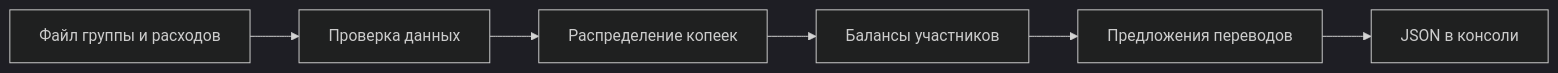
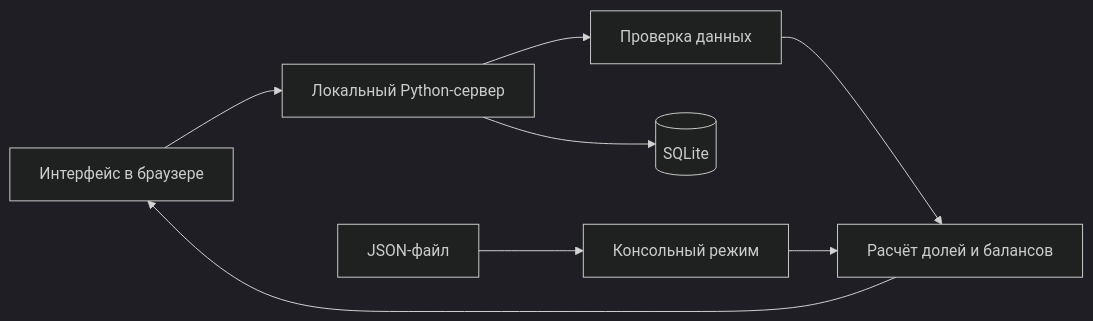
One commit to eductionnn-netizen/splitshare changed the first of 2 diagrams in wiki/Architecture.md. Above: the diagram before and after it, drawn with Mermaid (dark theme). The commit also changed other lines of this file and 17 other files, not shown here.

````diff
--- a/wiki/Architecture.md
+++ b/wiki/Architecture.md
@@ -5,8 +5,10 @@
 ```mermaid
 flowchart LR
-    JSON[Файл группы и расходов] --> Validation[Проверка данных]
-    Validation --> Split[Распределение копеек]
-    Split --> Balance[Балансы участников]
-    Balance --> Settlement[Предложения переводов]
-    Settlement --> CLI[JSON в консоли]
+    Browser[Интерфейс в браузере] --> Server[Локальный Python-сервер]
+    Server --> Validation[Проверка данных]
+    Validation --> Core[Расчёт долей и балансов]
+    Server --> DB[(SQLite)]
+    Core --> Browser
+    JSON[JSON-файл] --> CLI[Консольный режим]
+    CLI --> Core
 ```
````
